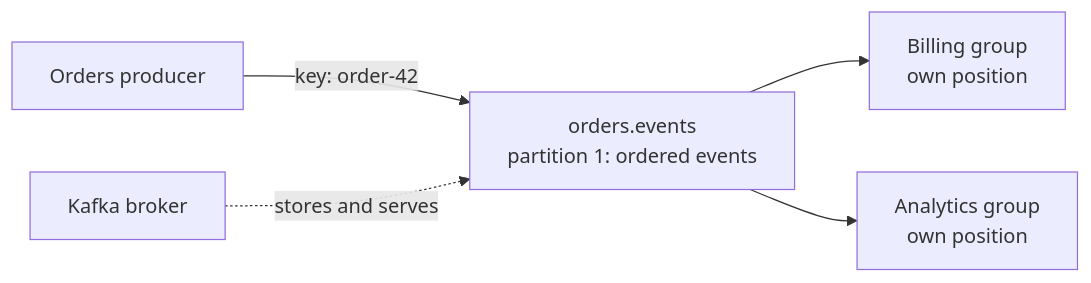
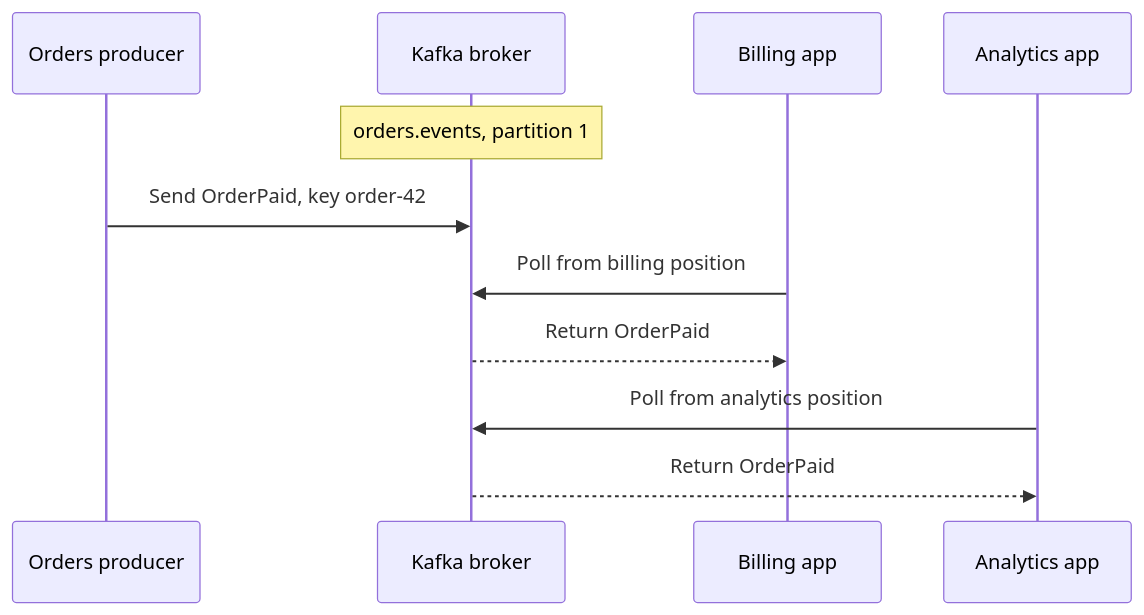
Before and after one commit to David-A18/MY-humble-knowledge-for-everyone: the diagram in knowledge/databases/kafka/fundamentals.md, drawn with Mermaid. The commit also changed other lines of this file and 7 other files, not shown here.

````diff
--- a/knowledge/databases/kafka/fundamentals.md
+++ b/knowledge/databases/kafka/fundamentals.md
@@ -56,7 +69,13 @@
 ```mermaid
-flowchart LR
-  producer["Orders producer"] -->|"key: order-42"| partition["orders.events<br/>partition 1: ordered events"]
-  partition --> billing["Billing group<br/>own position"]
-  partition --> analytics["Analytics group<br/>own position"]
-  broker["Kafka broker"] -. "stores and serves" .-> partition
+sequenceDiagram
+  participant Orders as Orders producer
+  participant Kafka as Kafka broker
+  participant Billing as Billing app
+  participant Analytics as Analytics app
+  Note over Kafka: orders.events, partition 1
+  Orders->>Kafka: Send OrderPaid, key order-42
+  Billing->>Kafka: Poll from billing position
+  Kafka-->>Billing: Return OrderPaid
+  Analytics->>Kafka: Poll from analytics position
+  Kafka-->>Analytics: Return OrderPaid
 ```
````
